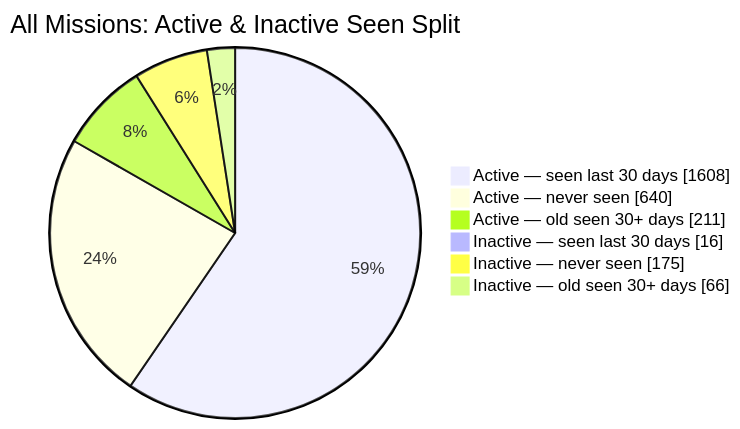
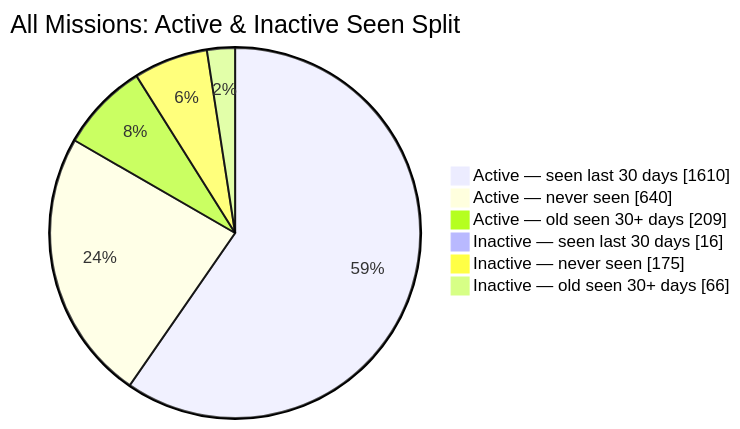
One commit to MeldkamerspelGameTeam/active-missions changed the second of 2 diagrams in README.md. Above: the diagram before and after it, drawn with Mermaid. The commit also changed other lines of this file and 3 other files, not shown here.

````diff
--- a/README.md
+++ b/README.md
@@ -44,10 +44,10 @@
 ```mermaid
 pie showData
     title All Missions: Active & Inactive Seen Split
-    "Active — seen last 30 days" : 1608
+    "Active — seen last 30 days" : 1610
     "Active — never seen" : 640
-    "Active — old seen 30+ days" : 211
+    "Active — old seen 30+ days" : 209
     "Inactive — seen last 30 days" : 16
     "Inactive — never seen" : 175
     "Inactive — old seen 30+ days" : 66
 ```
````
